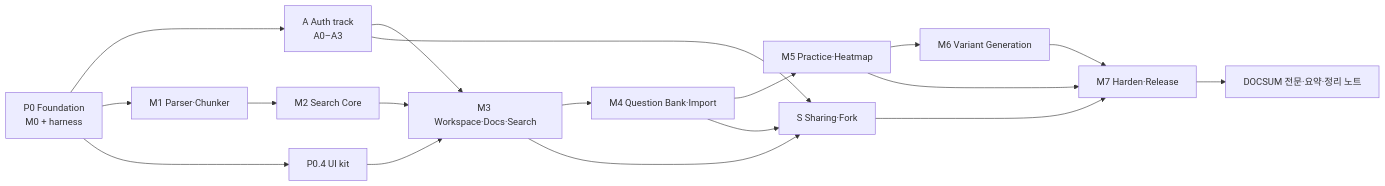
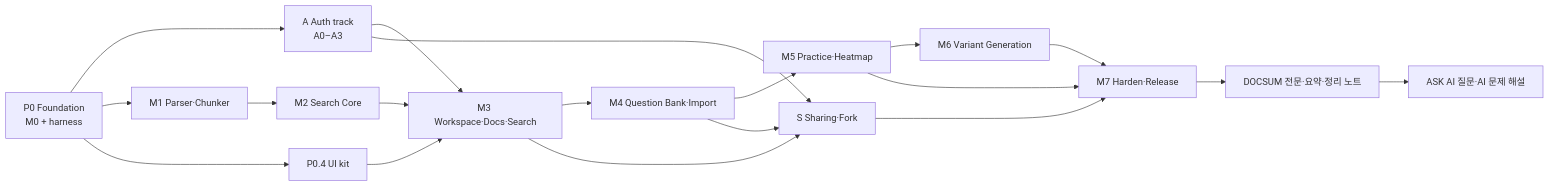
One commit to peacecheejecake/quiz-workspace changed the first of 2 diagrams in docs/implementation-plan.md. Above: the diagram before and after it, drawn with Mermaid. The commit also changed other lines of this file and 2 other files, not shown here.

First line of the commit message:
docs(plan): ASK-SPEC task breakdown, decisions and progress

````diff
--- a/docs/implementation-plan.md
+++ b/docs/implementation-plan.md
@@ -26,20 +26,21 @@
 ```mermaid
 flowchart LR
   P0[P0 Foundation<br/>M0 + harness] --> A[A Auth track<br/>A0–A3]
   P0 --> M1[M1 Parser·Chunker]
   P0 --> UI[P0.4 UI kit]
   M1 --> M2[M2 Search Core]
   A --> M3[M3 Workspace·Docs·Search]
   M2 --> M3
   UI --> M3
   M3 --> M4[M4 Question Bank·Import]
   M4 --> M5[M5 Practice·Heatmap]
   M5 --> M6[M6 Variant Generation]
   M3 --> S[S Sharing·Fork]
   M4 --> S
   A --> S
   M5 --> M7[M7 Harden·Release]
   M6 --> M7
   S --> M7
   M7 --> DS[DOCSUM 전문·요약·정리 노트]
+  DS --> ASKP[ASK AI 질문·AI 문제 해설]
 ```
````
